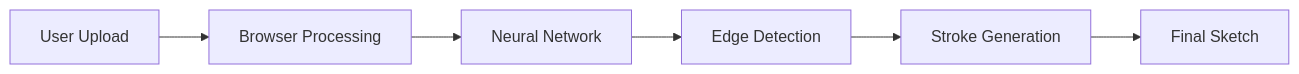
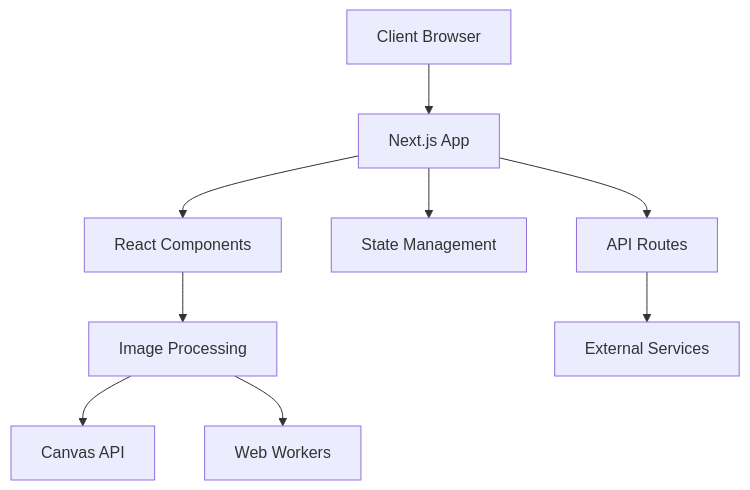
One commit to Kedhareswer/MLGeneFunction changed the first of 4 diagrams in README.md. Above: the diagram before and after it, drawn with Mermaid. The commit also changed other lines of this file, not shown here.

````diff
--- a/README.md
+++ b/README.md
@@ -37,8 +82,11 @@
 ```mermaid
-graph LR
-    A[User Upload] --> B[Browser Processing]
-    B --> C[Neural Network]
-    C --> D[Edge Detection]
-    D --> E[Stroke Generation]
-    E --> F[Final Sketch]
+graph TD
+    A[Client Browser] --> B[Next.js App]
+    B --> C[React Components]
+    C --> D[Image Processing]
+    D --> E[Canvas API]
+    D --> F[Web Workers]
+    B --> G[State Management]
+    B --> H[API Routes]
+    H --> I[External Services]
 ```
````
